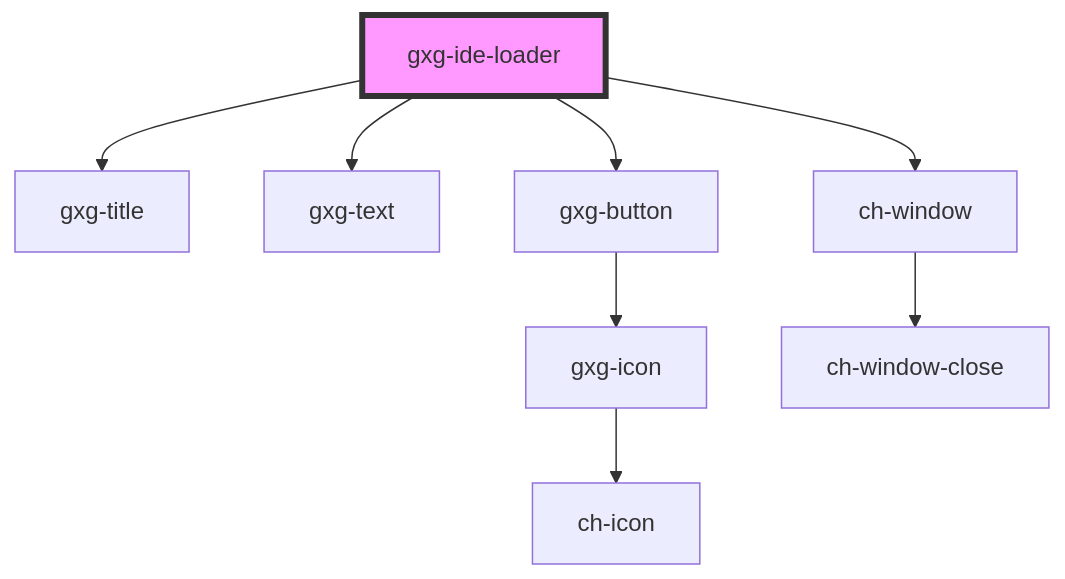
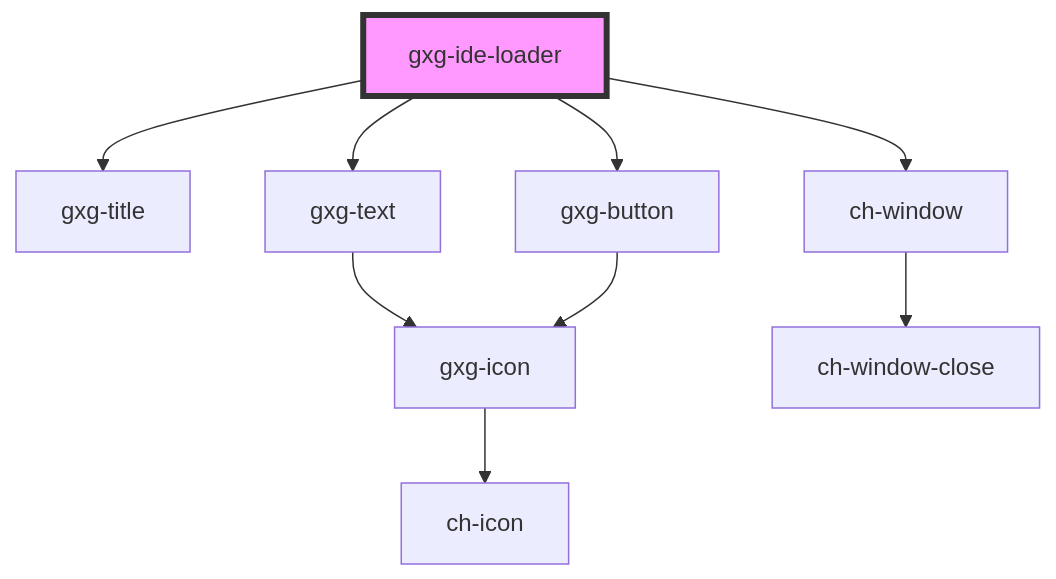
The diagram in src/components/ide-loader/readme.md (genexuslabs/gemini), drawn with Mermaid before and after one commit. The commit also changed 14 other files, not shown here.

````diff
--- a/src/components/ide-loader/readme.md
+++ b/src/components/ide-loader/readme.md
@@ -28,11 +28,12 @@
 ```mermaid
 graph TD;
   gxg-ide-loader --> gxg-title
   gxg-ide-loader --> gxg-text
   gxg-ide-loader --> gxg-button
   gxg-ide-loader --> ch-window
+  gxg-text --> gxg-icon
+  gxg-icon --> ch-icon
   gxg-button --> gxg-icon
-  gxg-icon --> ch-icon
   ch-window --> ch-window-close
   style gxg-ide-loader fill:#f9f,stroke:#333,stroke-width:4px
 ```
````
